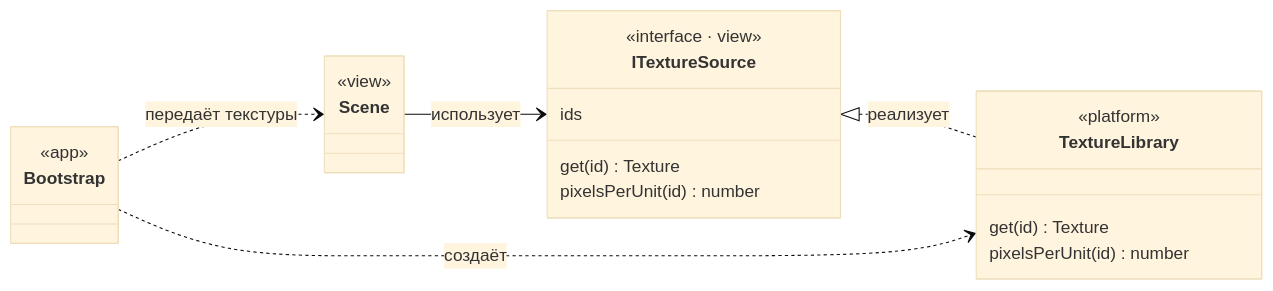
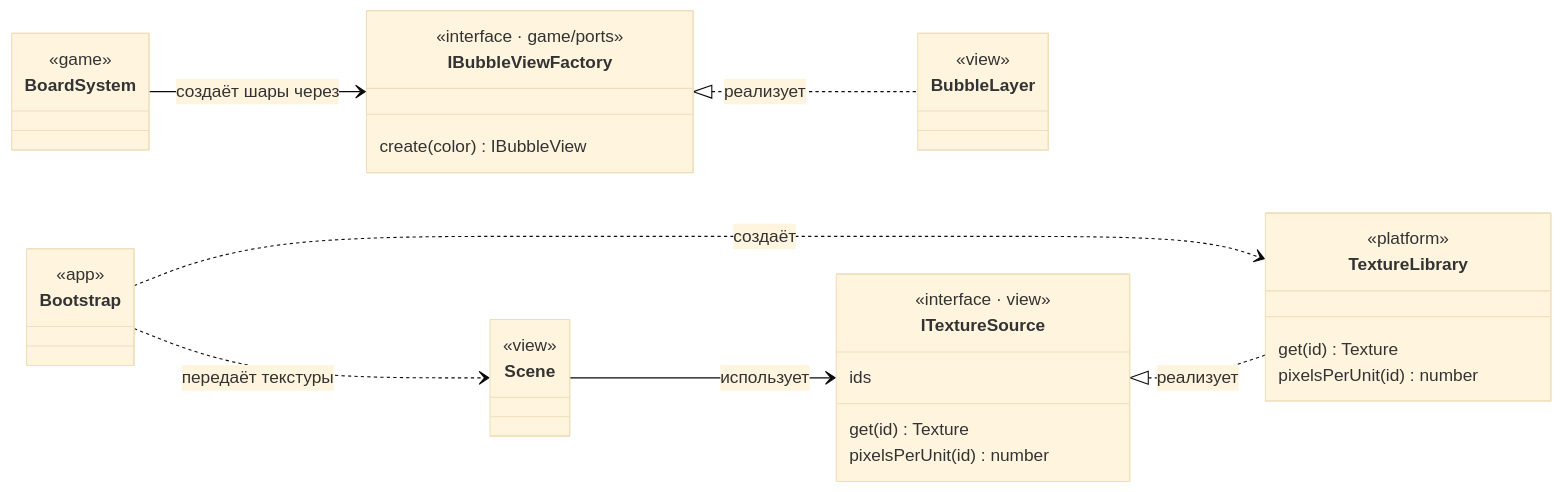
One commit to sburdenko/bub-playables-pixi changed the second of 6 diagrams in README.md. Above: the diagram before and after it, drawn with Mermaid (base theme). The commit also changed other lines of this file and 10 other files, not shown here.

First line of the commit message:
feat: bubble board with spawn bounce and wobble (P3) (#4)

````diff
--- a/README.md
+++ b/README.md
@@ -58,25 +58,37 @@
 ```mermaid
 classDiagram
     direction LR
     class ITextureSource {
         <<interface · view>>
         ids
         get(id) Texture
         pixelsPerUnit(id) number
     }
     class TextureLibrary {
         <<platform>>
         get(id) Texture
         pixelsPerUnit(id) number
     }
     class Scene {
         <<view>>
     }
+    class IBubbleViewFactory {
+        <<interface · game/ports>>
+        create(color) IBubbleView
+    }
+    class BubbleLayer {
+        <<view>>
+    }
+    class BoardSystem {
+        <<game>>
+    }
     class Bootstrap {
         <<app>>
     }
     ITextureSource <|.. TextureLibrary : реализует
     Scene --> ITextureSource : использует
     Bootstrap ..> TextureLibrary : создаёт
     Bootstrap ..> Scene : передаёт текстуры
+    IBubbleViewFactory <|.. BubbleLayer : реализует
+    BoardSystem --> IBubbleViewFactory : создаёт шары через
 ```
````
